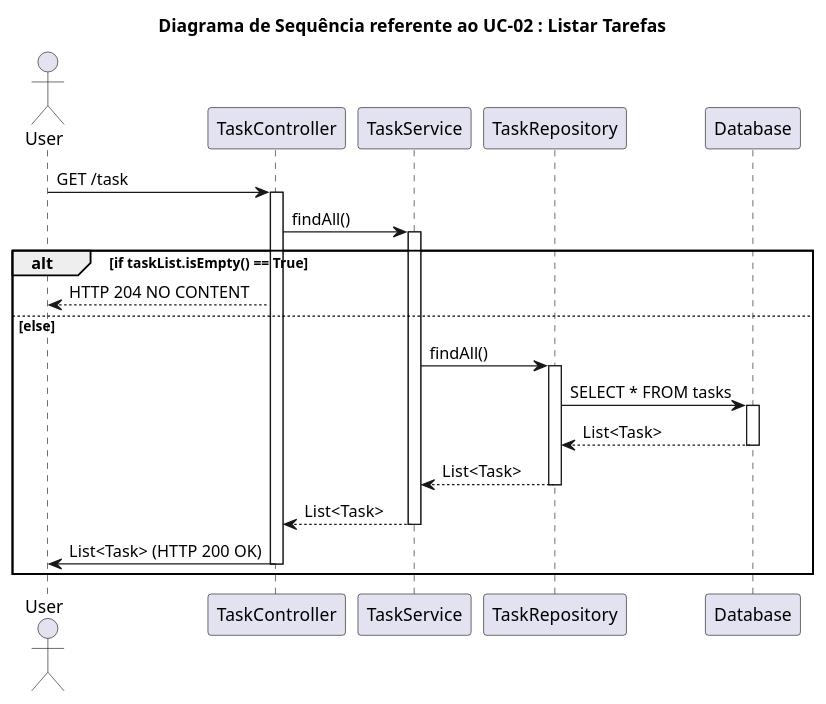
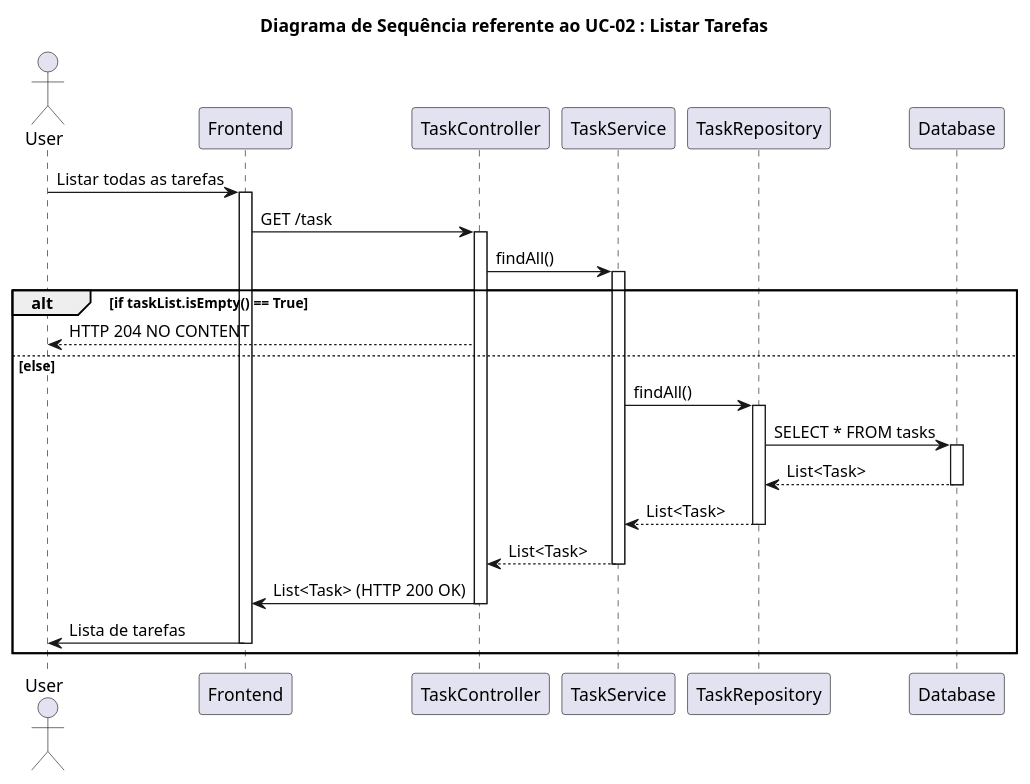
Before and after one commit to henriquedani/ToDoList_LabDesSoft: the diagram in docs/diagramas_sequencia/diagramaSequenciaUC02.puml, drawn with PlantUML. The commit also changed 5 other files, not shown here.

Commit message:
Adição front nos diagramas de sequência

```diff
--- a/docs/diagramas_sequencia/diagramaSequenciaUC02.puml
+++ b/docs/diagramas_sequencia/diagramaSequenciaUC02.puml
@@ -1,31 +1,36 @@
 @startuml diagramaSequenciaUC02.puml
 title Diagrama de Sequência referente ao UC-02 : Listar Tarefas
 
 actor User
+participant Frontend
 participant TaskController
 participant TaskService
 participant TaskRepository
 participant Database
 
-User -> TaskController: GET /task
+User -> Frontend: Listar todas as tarefas
+activate Frontend
+Frontend -> TaskController: GET /task
 activate TaskController
 TaskController -> TaskService: findAll()
 activate TaskService
 
 alt if taskList.isEmpty() == True
     TaskController --> User: HTTP 204 NO CONTENT
 else else
     TaskService -> TaskRepository: findAll()
     activate TaskRepository
     TaskRepository -> Database: SELECT * FROM tasks
     activate Database
     Database --> TaskRepository: List<Task>
     deactivate Database
     TaskRepository --> TaskService: List<Task>
     deactivate TaskRepository
     TaskService --> TaskController: List<Task>
     deactivate TaskService
-    TaskController -> User: List<Task> (HTTP 200 OK)
+    TaskController -> Frontend: List<Task> (HTTP 200 OK)
     deactivate TaskController
+    Frontend -> User: Lista de tarefas
+    deactivate Frontend
 end
 @enduml
```
